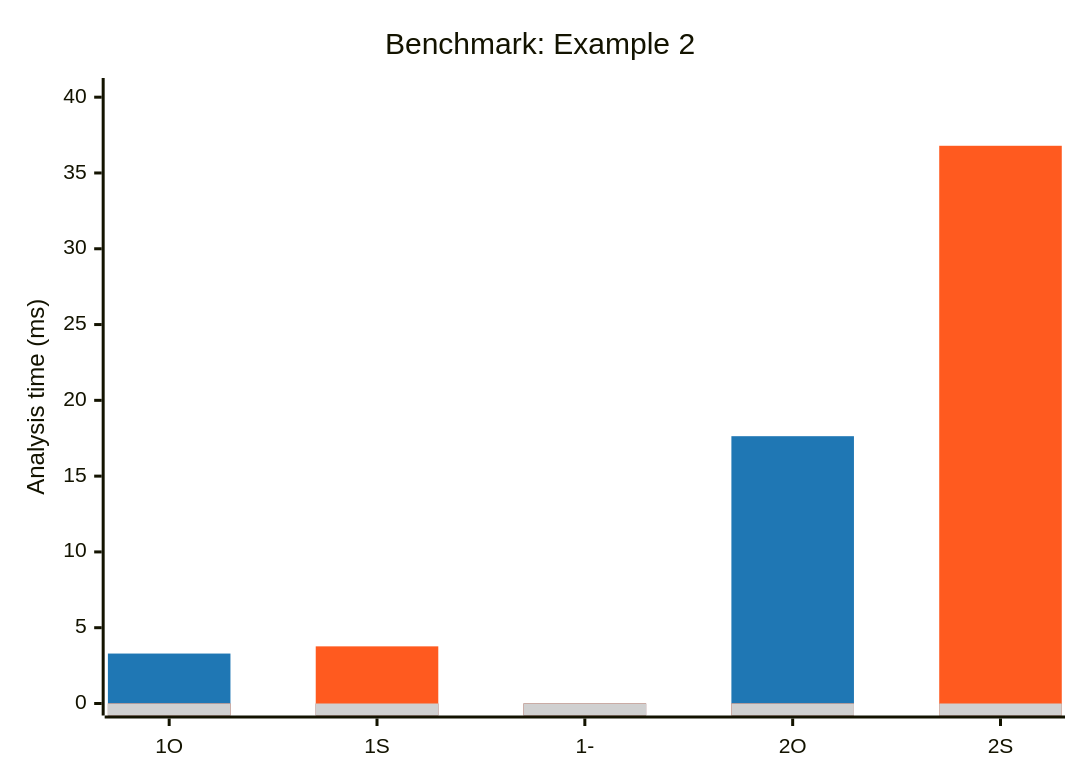
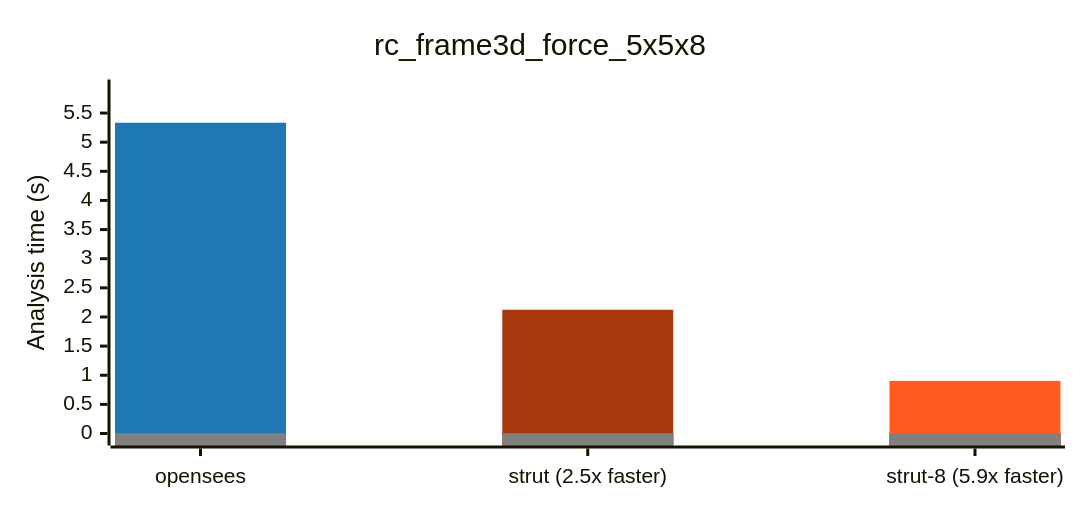
Before and after one commit to NathanaelRea/Strut: the second of 5 diagrams in docs/benchmark-opensees-examples.md, drawn with Mermaid. The commit also changed other lines of this file and 79 other files, not shown here.

````diff
--- a/docs/benchmark-opensees-examples.md
+++ b/docs/benchmark-opensees-examples.md
@@ -32,15 +46,18 @@
 ```mermaid
 ---
 config:
+  xyChart:
+    height: 320
   themeVariables:
     xyChart:
-      plotColorPalette: '#1f77b4, #FF5A1F, #d0d0d0'
+      plotColorPalette: '#1f77b4, #a8390f, #FF5A1F, #808080'
 ---
 xychart-beta
-    title "Benchmark: Example 2"
-    x-axis ["1O", "1S", "1-", "2O", "2S"]
-    y-axis "Analysis time (ms)" 0 --> 40.474
-    bar "OS" [3.295, 0.0, 0.0, 17.635, 0.0]
-    bar "STR" [0.0, 3.770, 0.0, 0.0, 36.794]
-    bar "mask" [0.0, 0.0, 0.0, 0.0, 0.0]
+    title "rc_frame3d_force_5x5x8"
+    x-axis ["opensees", "strut (2.5x faster)", "strut-8 (5.9x faster)"]
+    y-axis "Analysis time (s)" 0 --> 5.87
+    bar [5.334, 0, 0]
+    bar [0, 2.124, 0]
+    bar [0, 0, 0.903]
+    bar [0, 0, 0]
 ```
````
